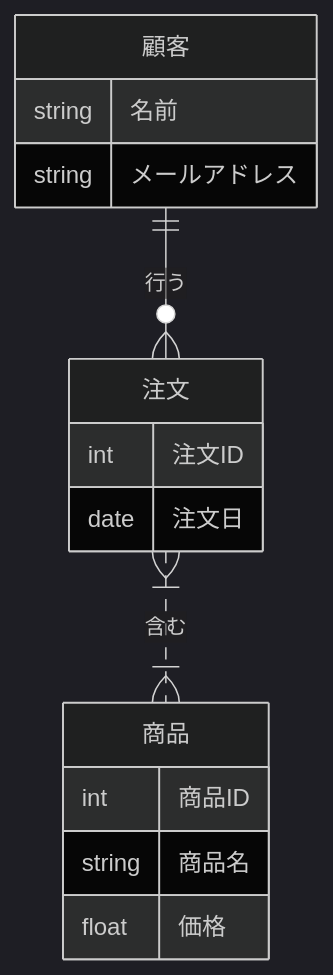
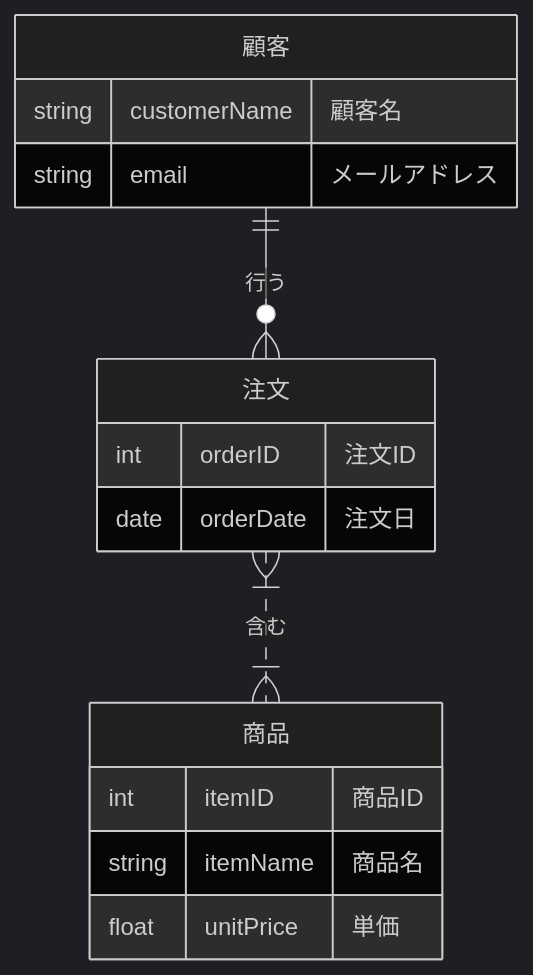
One commit to KeisukeShibuya/TIPS changed the seventh of 9 diagrams in Markdown/mermaid.md. Above: the diagram before and after it, drawn with Mermaid (dark theme). The commit also changed other lines of this file, not shown here.

Commit message:
mermaid.md を修正

````diff
--- a/Markdown/mermaid.md
+++ b/Markdown/mermaid.md
@@ -114,18 +114,18 @@
 ```mermaid
 erDiagram
-    顧客 ||--o{ 注文 : "行う"
-    注文 }|..|{ 商品 : "含む"
-    顧客 {
-      string 名前
-      string メールアドレス
+    "顧客" ||--o{ "注文" : "行う"
+    "注文" }|..|{ "商品" : "含む"
+    "顧客" {
+      string customerName "顧客名"
+      string email "メールアドレス"
     }
-    商品 {
-      int 商品ID
-      string 商品名
-      float 価格
+    "商品" {
+      int itemID "商品ID"
+      string itemName "商品名"
+      float unitPrice "単価"
     }
-    注文 {
-      int 注文ID
-      date 注文日
+    "注文" {
+      int orderID "注文ID"
+      date orderDate "注文日"
     }
 ```
````
